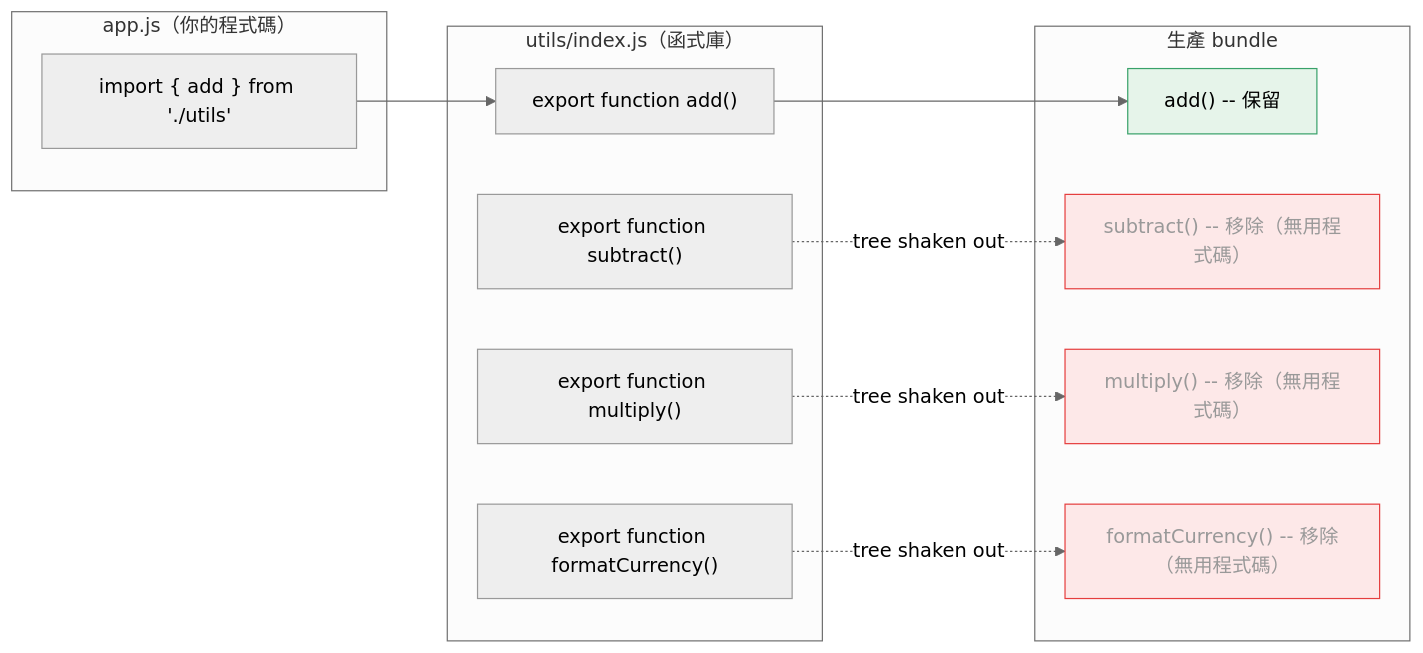
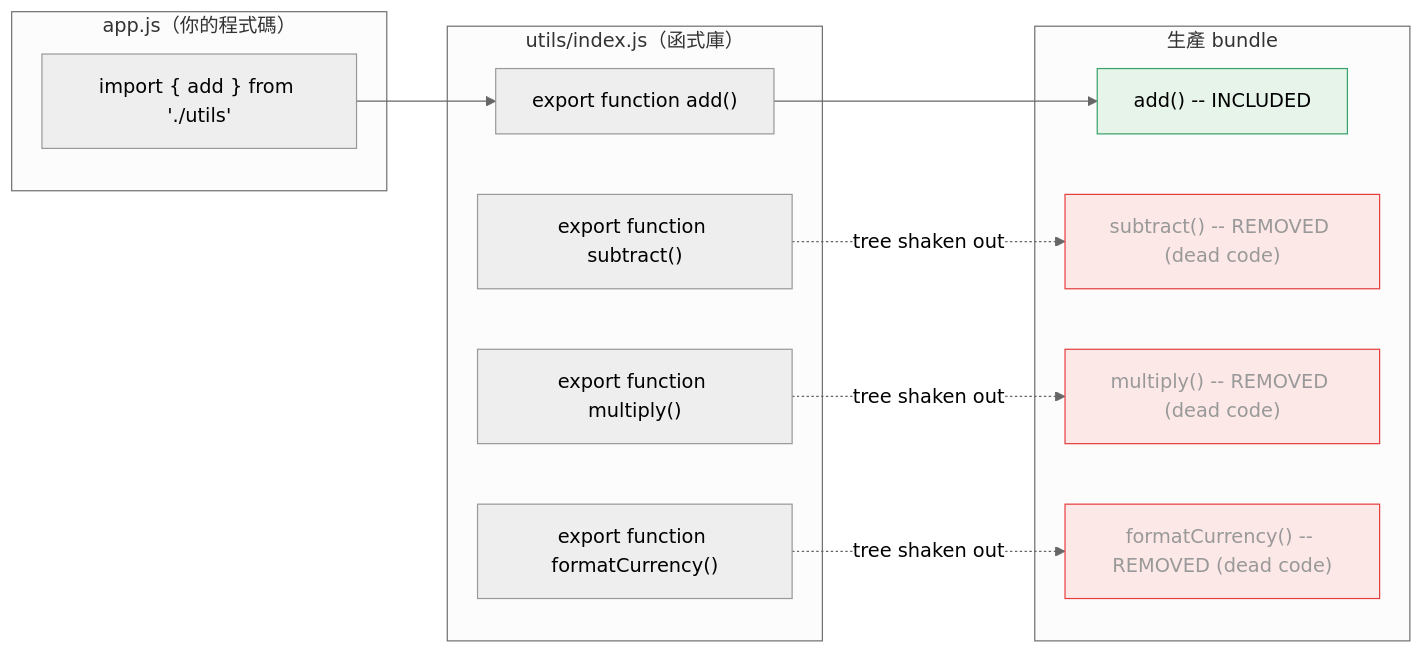
Before and after one commit to alivedise/frontend-engineering-essentials: the second of 2 diagrams in docs/zh-tw/Rendering and Performance/705.md, drawn with Mermaid (neutral theme). The commit also changed other lines of this file and 3 other files, not shown here.

````diff
--- a/docs/zh-tw/Rendering and Performance/705.md
+++ b/docs/zh-tw/Rendering and Performance/705.md
@@ -129,31 +64,31 @@
 ```mermaid
 flowchart LR
     subgraph LIB["utils/index.js（函式庫）"]
         ADD["export function add()"]
         SUB["export function subtract()"]
         MUL["export function multiply()"]
         FMT["export function formatCurrency()"]
     end
 
     subgraph APP["app.js（你的程式碼）"]
         IMPORT["import { add } from './utils'"]
     end
 
     subgraph BUNDLE["生產 bundle"]
-        KEEP["add() -- 保留"]
-        DROP1["subtract() -- 移除（無用程式碼）"]
-        DROP2["multiply() -- 移除（無用程式碼）"]
-        DROP3["formatCurrency() -- 移除（無用程式碼）"]
+        KEEP["add() -- INCLUDED"]
+        DROP1["subtract() -- REMOVED (dead code)"]
+        DROP2["multiply() -- REMOVED (dead code)"]
+        DROP3["formatCurrency() -- REMOVED (dead code)"]
     end
 
     IMPORT --> ADD
     ADD --> KEEP
     SUB -.->|"tree shaken out"| DROP1
     MUL -.->|"tree shaken out"| DROP2
     FMT -.->|"tree shaken out"| DROP3
 
     style DROP1 fill:#fde8e8,stroke:#e53e3e,color:#999
     style DROP2 fill:#fde8e8,stroke:#e53e3e,color:#999
     style DROP3 fill:#fde8e8,stroke:#e53e3e,color:#999
     style KEEP fill:#e6f4ea,stroke:#38a169
 ```
````
